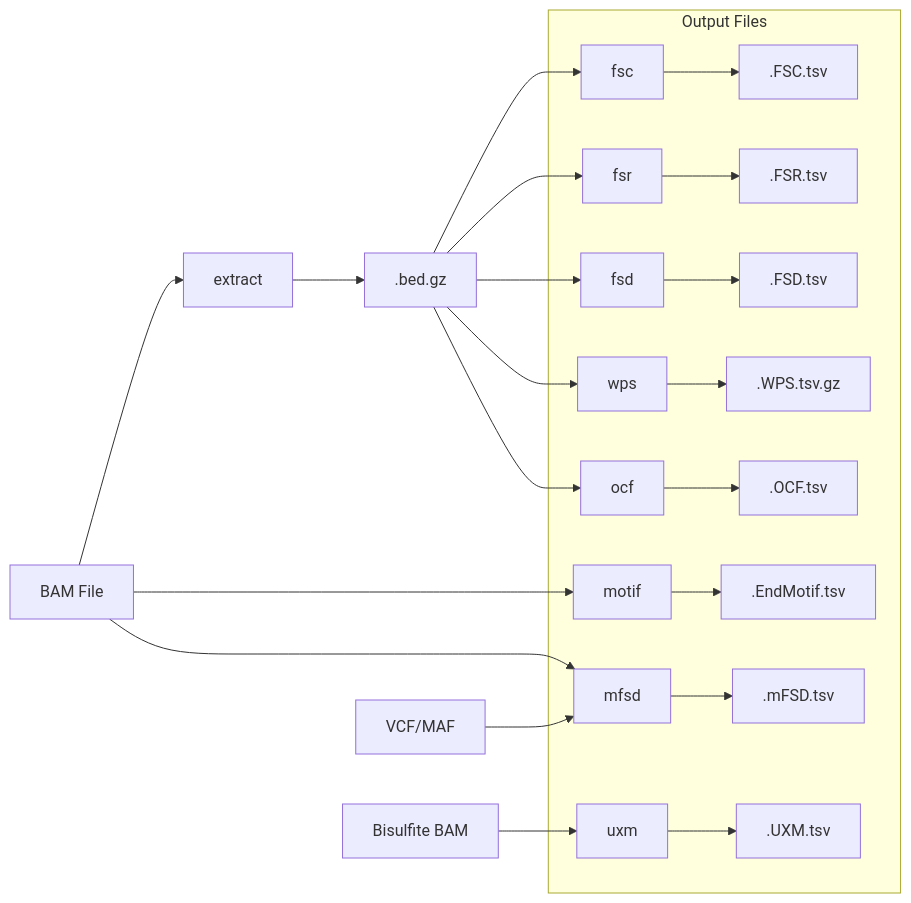
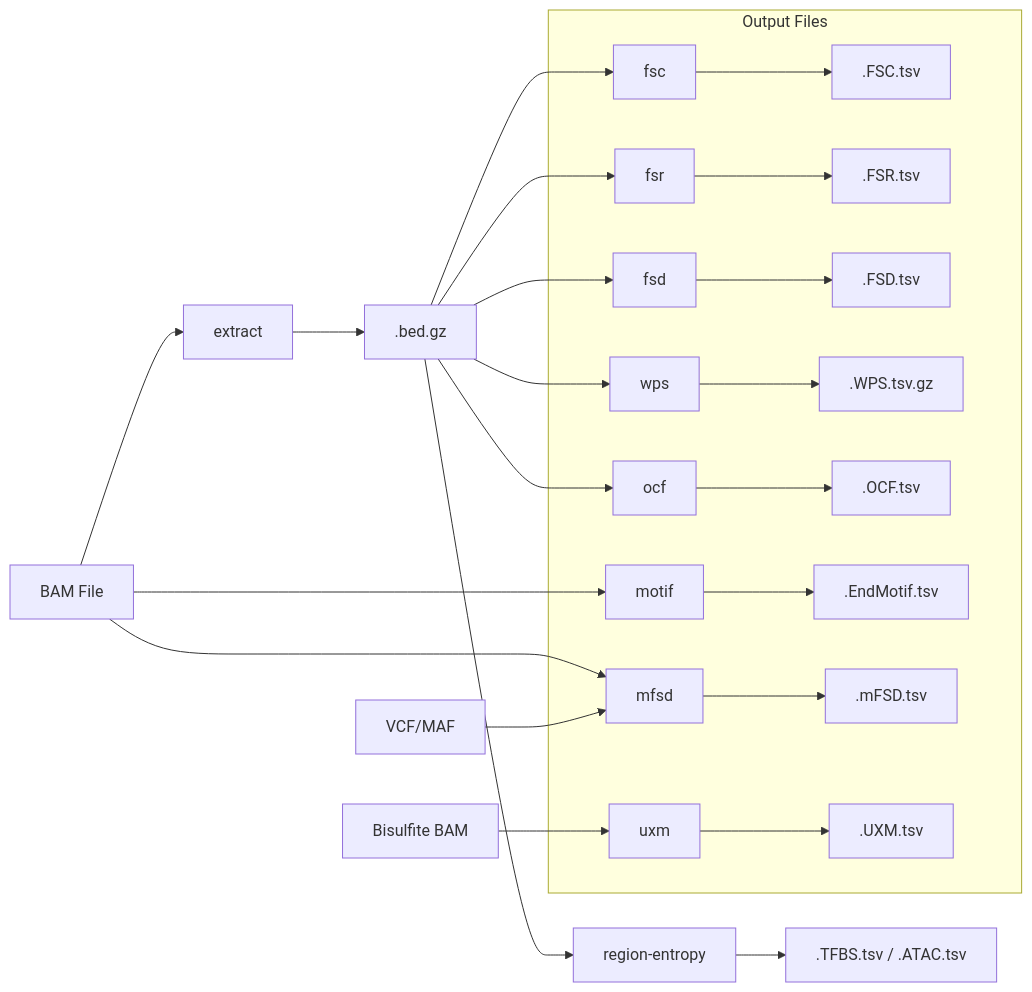
The diagram in docs/features/index.md (msk-access/krewlyzer), drawn with Mermaid before and after one commit. The commit also changed other lines of this file and 32 other files, not shown here.

First line of the commit message:
Add region entropy (TFBS/ATAC size entropy) feature

````diff
--- a/docs/features/index.md
+++ b/docs/features/index.md
@@ -24,28 +25,31 @@
 ```mermaid
 flowchart LR
     BAM[BAM File] --> extract
     extract --> BED[.bed.gz]
     BAM --> motif
     
     BED --> fsc
     BED --> fsr
     BED --> fsd
     BED --> wps
     BED --> ocf
     
     BAM --> mfsd
     VCF[VCF/MAF] --> mfsd
     
     BS_BAM[Bisulfite BAM] --> uxm
     
     subgraph outputs[Output Files]
         fsc --> FSC[.FSC.tsv]
         fsr --> FSR[.FSR.tsv]
         fsd --> FSD[.FSD.tsv]
         wps --> WPS[.WPS.tsv.gz]
         ocf --> OCF[.OCF.tsv]
         motif --> MOTIF[.EndMotif.tsv]
         mfsd --> MFSD[.mFSD.tsv]
         uxm --> UXM[.UXM.tsv]
     end
+    
+    BED --> tfbs[region-entropy]
+    tfbs --> TFBS[.TFBS.tsv / .ATAC.tsv]
 ```
````
